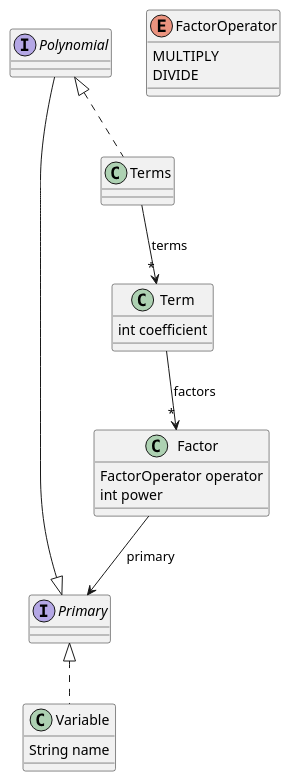
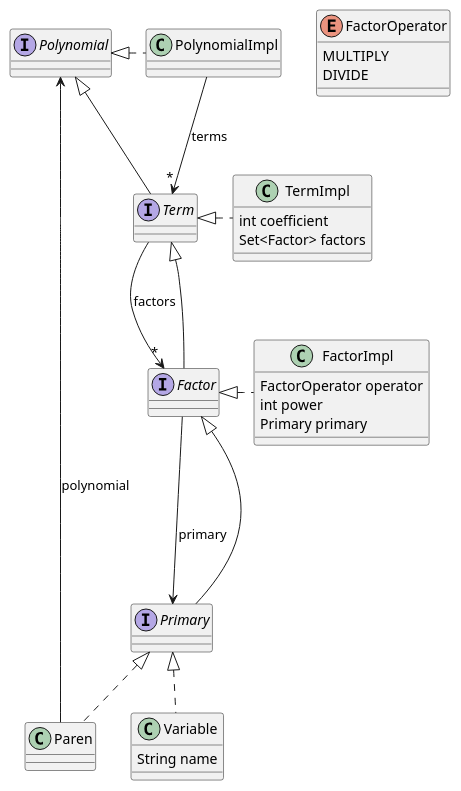
One commit to saka1029/form changed the diagram in doc/classes.plantuml. Above: the diagram before and after it, drawn with PlantUML. The commit also changed 8 other files, not shown here.

```diff
--- a/doc/classes.plantuml
+++ b/doc/classes.plantuml
@@ -1,26 +1,36 @@
 @startuml form
 enum FactorOperator {
     MULTIPLY
     DIVIDE
 }
 interface Polynomial
-Polynomial --|> Primary
-class Terms {
+class PolynomialImpl
+PolynomialImpl .left.|> Polynomial
+PolynomialImpl --> "*" Term : terms
+interface Term
+Term -|> Polynomial
+Term --> "*" Factor : factors
+class TermImpl {
+    int coefficient
+    Set<Factor> factors
 }
-Terms .up.|> Polynomial
-class Term {
-    int coefficient
-}
-Terms --> "*" Term : terms
-class Factor {
+TermImpl .left.|> Term
+interface Factor
+Factor --|> Term
+Factor ---> Primary : primary
+class FactorImpl {
     FactorOperator operator
     int power
+    Primary primary
 }
-Factor --> Primary : primary
-Term --> "*" Factor : factors
+FactorImpl .left.|> Factor
 interface Primary
+Primary --|> Factor
 class Variable {
     String name
 }
 Variable .up.|> Primary
+class Paren
+Paren .up.|> Primary
+Paren -up-> Polynomial : polynomial
 @enduml
```
